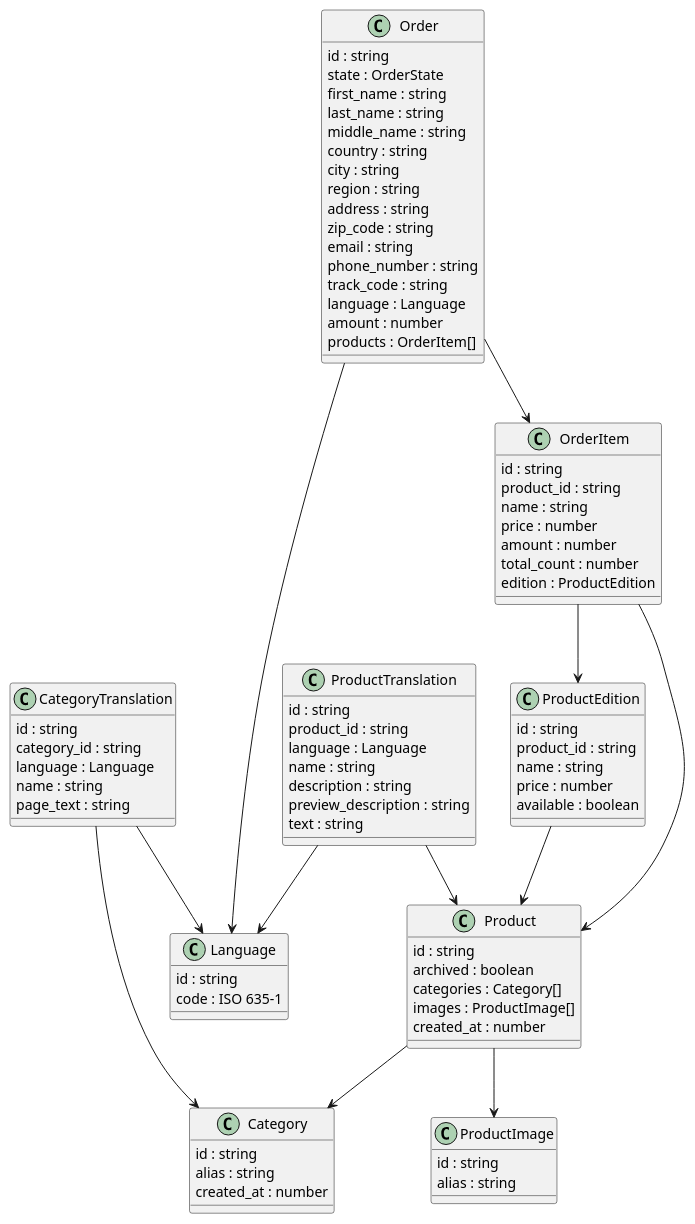
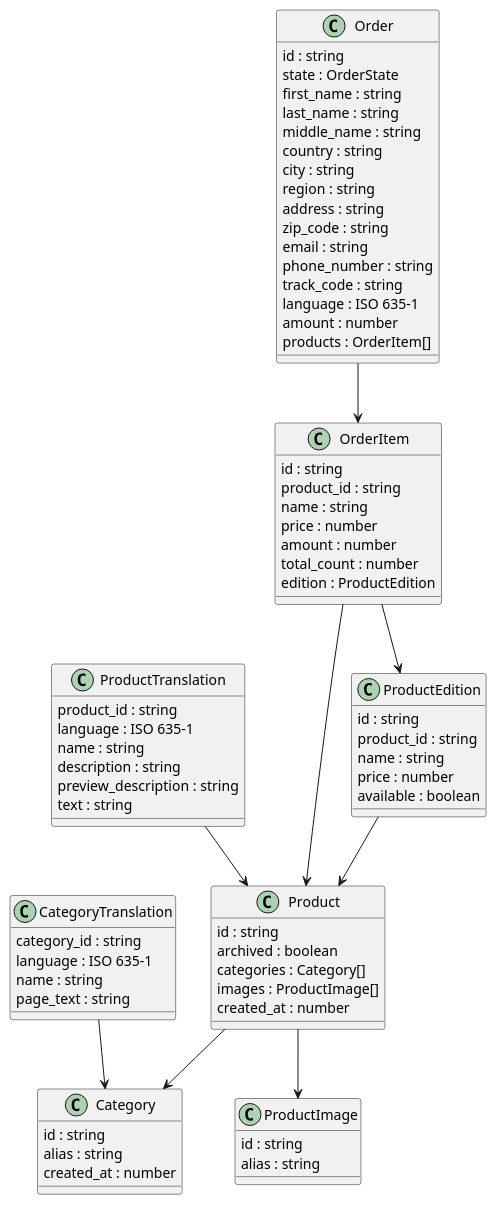
The diagram in docs/models.puml (async-devil/coffee-e-shop), drawn with PlantUML before and after one commit.

Commit message:
feat: delete language table from models doc

```diff
--- a/docs/models.puml
+++ b/docs/models.puml
@@ -1,93 +1,83 @@
 @startuml models
-
-class Language {
-  id : string
-  code : ISO 635-1
-}
 
 class Product {
   id : string
   archived : boolean
   categories : Category[]
   images : ProductImage[]
   created_at : number
 }
 Product --> Category
 Product --> ProductImage
 
 class ProductTranslation {
-  id : string
   product_id : string
-  language : Language
+  language : ISO 635-1
   name : string
   description : string
   preview_description : string
   text : string
 }
 ProductTranslation --> Product
-ProductTranslation --> Language
 
 class ProductEdition {
   id : string
   product_id : string
   name : string
   price : number
   available : boolean
 }
 ProductEdition --> Product
 
 class ProductImage {
   id : string
   alias : string
 }
 
 class Category {
   id : string
   alias : string
   created_at : number
 }
 
 class CategoryTranslation {
-  id : string
   category_id : string
-  language : Language
+  language : ISO 635-1
   name : string
   page_text : string
 }
 CategoryTranslation --> Category
-CategoryTranslation --> Language
 
 class Order {
   id : string
   state : OrderState
   first_name : string
   last_name : string
   middle_name : string
   country : string
   city : string
   region : string
   address : string
   zip_code : string
   email : string
   phone_number : string
   track_code : string
-  language : Language
+  language : ISO 635-1
   amount : number
   products : OrderItem[]
 }
-Order --> Language
 Order --> OrderItem
 
 class OrderItem {
   id : string
   product_id : string
   name : string
   price : number
   amount : number
   total_count : number
   edition : ProductEdition
 }
 OrderItem --> Product
 OrderItem --> ProductEdition
 
 @enduml
```
